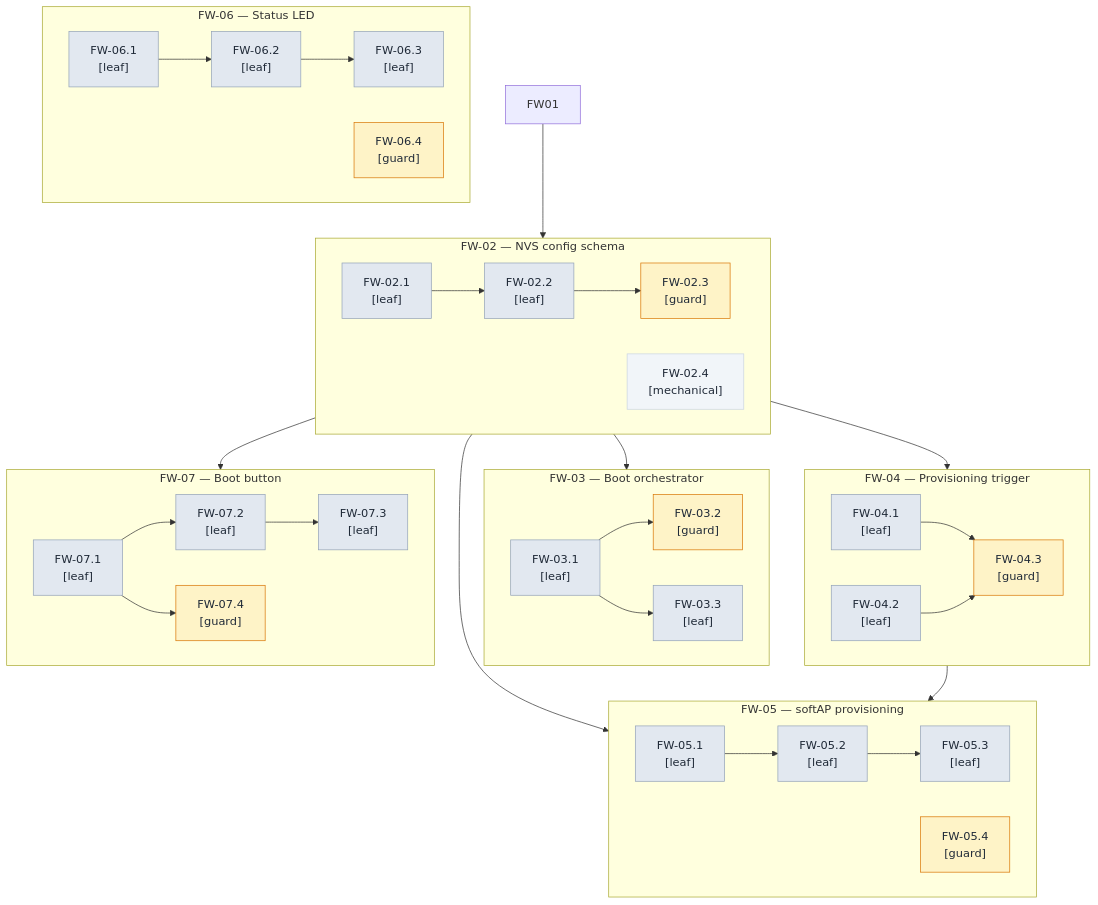
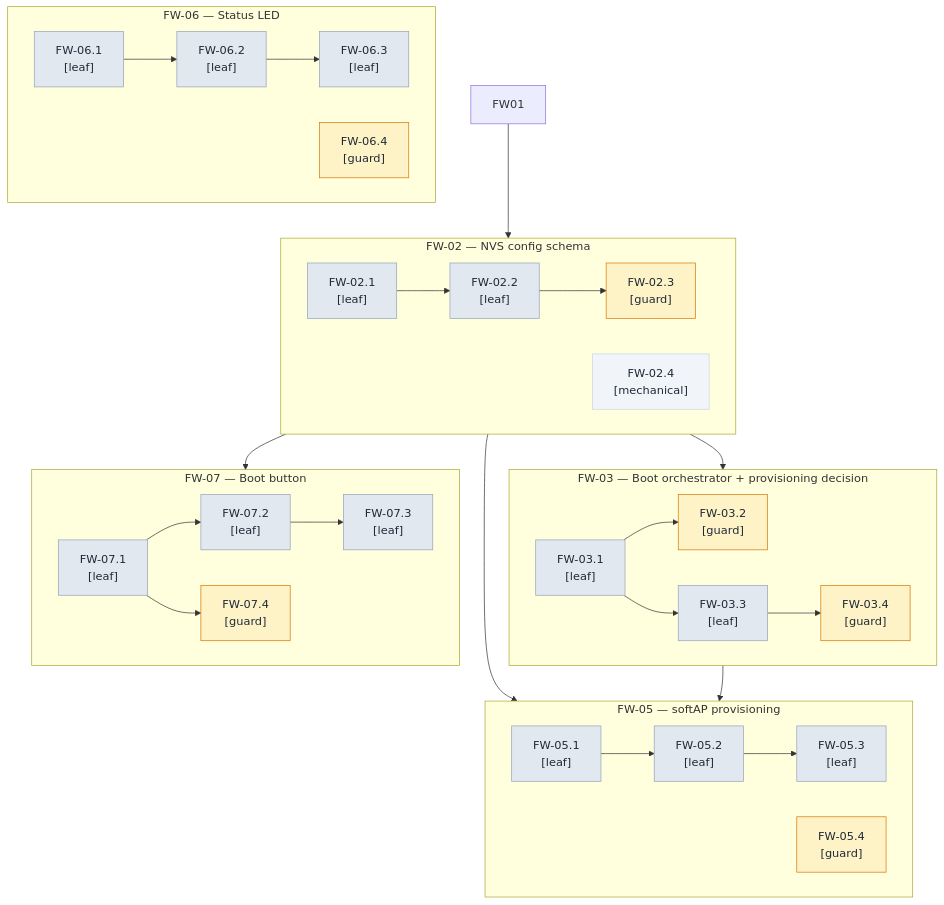
One commit to witsaba/esp32-cam-surveillance changed the third of 8 diagrams in docs/firmware-milestones.md. Above: the diagram before and after it, drawn with Mermaid. The commit also changed other lines of this file, not shown here.

First line of the commit message:
docs(milestones): rescope task graph 23 -> 19 milestones per decomposition discipline

```diff
--- a/docs/firmware-milestones.md
+++ b/docs/firmware-milestones.md
@@ -282,19 +294,14 @@
     FW02_1 --> FW02_2
     FW02_2 --> FW02_3
   end
-  subgraph FW03 ["FW-03 — Boot orchestrator"]
+  subgraph FW03 ["FW-03 — Boot orchestrator + provisioning decision"]
     FW03_1["FW-03.1<br/>[leaf]"]
     FW03_2["FW-03.2<br/>[guard]"]
     FW03_3["FW-03.3<br/>[leaf]"]
+    FW03_4["FW-03.4<br/>[guard]"]
     FW03_1 --> FW03_2
     FW03_1 --> FW03_3
-  end
-  subgraph FW04 ["FW-04 — Provisioning trigger"]
-    FW04_1["FW-04.1<br/>[leaf]"]
-    FW04_2["FW-04.2<br/>[leaf]"]
-    FW04_3["FW-04.3<br/>[guard]"]
-    FW04_1 --> FW04_3
-    FW04_2 --> FW04_3
+    FW03_3 --> FW03_4
   end
   subgraph FW05 ["FW-05 — softAP provisioning"]
     FW05_1["FW-05.1<br/>[leaf]"]
@@ -322,10 +329,9 @@
     FW07_1 --> FW07_4
   end
   FW02 --> FW03
-  FW02 --> FW04
   FW02 --> FW05
   FW02 --> FW07
-  FW04 --> FW05
+  FW03 --> FW05
   FW01 --> FW02
   classDef leaf fill:#e2e8f0,stroke:#94a3b8,color:#1f2937
   classDef guard fill:#fef3c7,stroke:#d97706,color:#1f2937
@@ -339,9 +345,7 @@
   class FW03_1 leaf
   class FW03_2 guard
   class FW03_3 leaf
-  class FW04_1 leaf
-  class FW04_2 leaf
-  class FW04_3 guard
+  class FW03_4 guard
   class FW05_1 leaf
   class FW05_2 leaf
   class FW05_3 leaf
```
